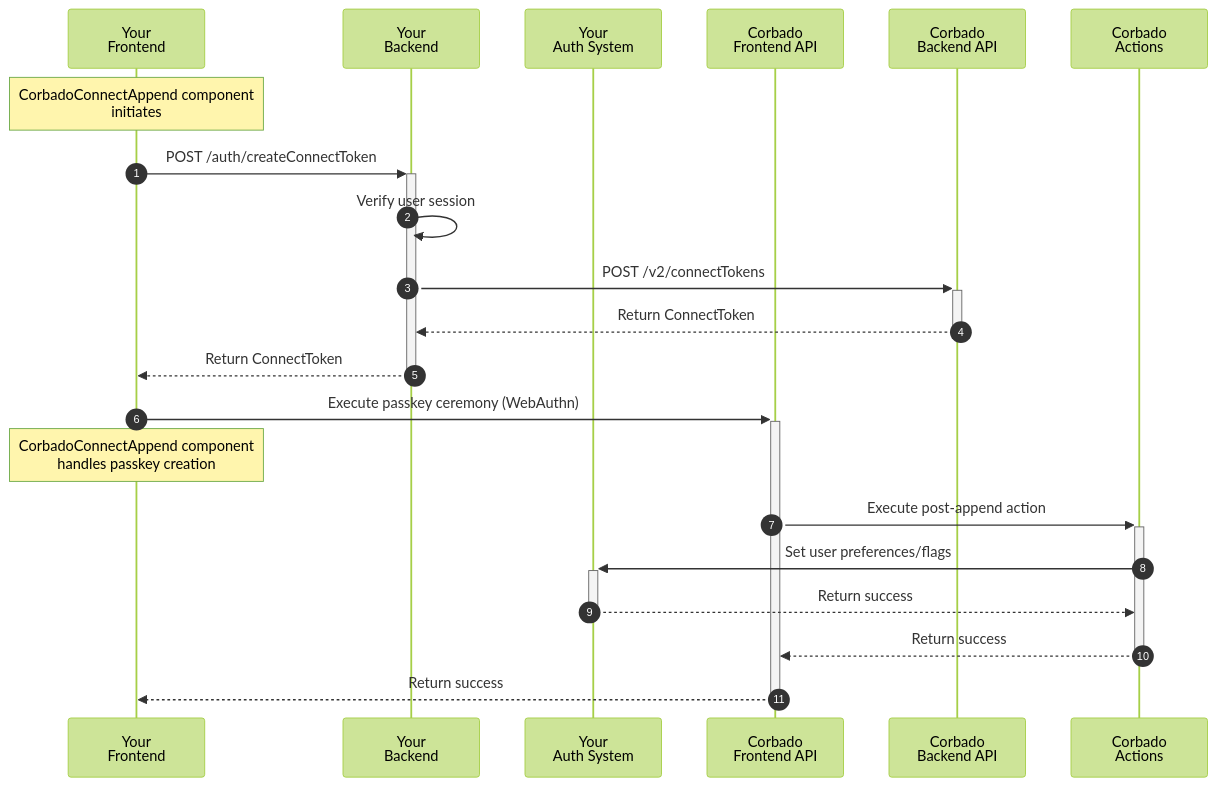
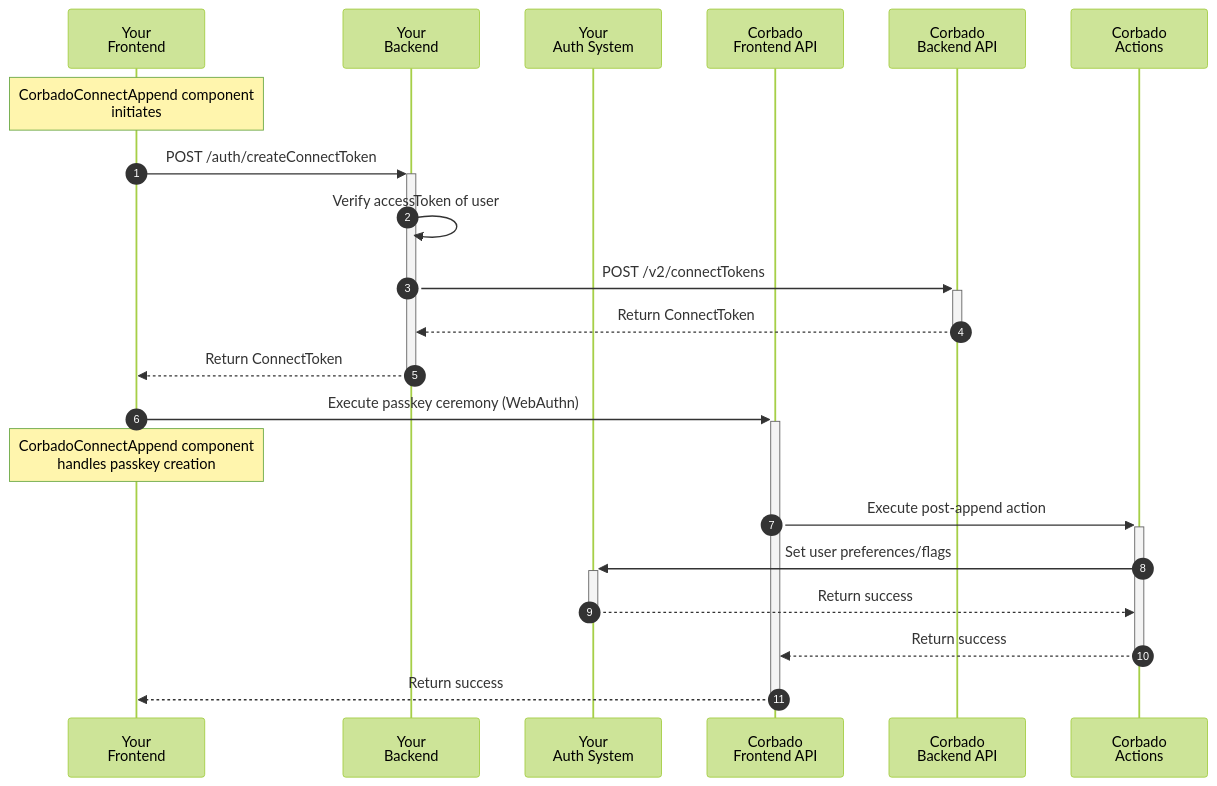
One commit to corbadotech/docs changed the first of 4 diagrams in corbado-connect/integration/generic/web.mdx. Above: the diagram before and after it, drawn with Mermaid (forest theme). The commit also changed other lines of this file, not shown here.

Commit message:
Adapt web to accessToken

````diff
--- a/corbado-connect/integration/generic/web.mdx
+++ b/corbado-connect/integration/generic/web.mdx
@@ -50,25 +50,25 @@
 ```mermaid
 sequenceDiagram
     autonumber
     participant Frontend as Your<br/>Frontend
     participant Backend as Your<br/>Backend
     participant IdP as Your<br/>Auth System
     participant FAPI as Corbado<br/>Frontend API
     participant BAPI as Corbado<br/>Backend API
     participant Actions as Corbado<br/>Actions
 
     Note over Frontend: CorbadoConnectAppend component<br/>initiates
     Frontend->>+Backend: POST /auth/createConnectToken
-    Backend->>Backend: Verify user session
+    Backend->>Backend: Verify accessToken of user
     Backend->>+BAPI: POST /v2/connectTokens
     BAPI-->>-Backend: Return ConnectToken
     Backend-->>-Frontend: Return ConnectToken
 
     Frontend->>+FAPI: Execute passkey ceremony (WebAuthn)
     Note over Frontend: CorbadoConnectAppend component<br/>handles passkey creation
     FAPI->>+Actions: Execute post-append action
     Actions->>+IdP: Set user preferences/flags
     IdP-->>-Actions: Return success
     Actions-->>-FAPI: Return success
     FAPI-->>-Frontend: Return success
 ```
````
